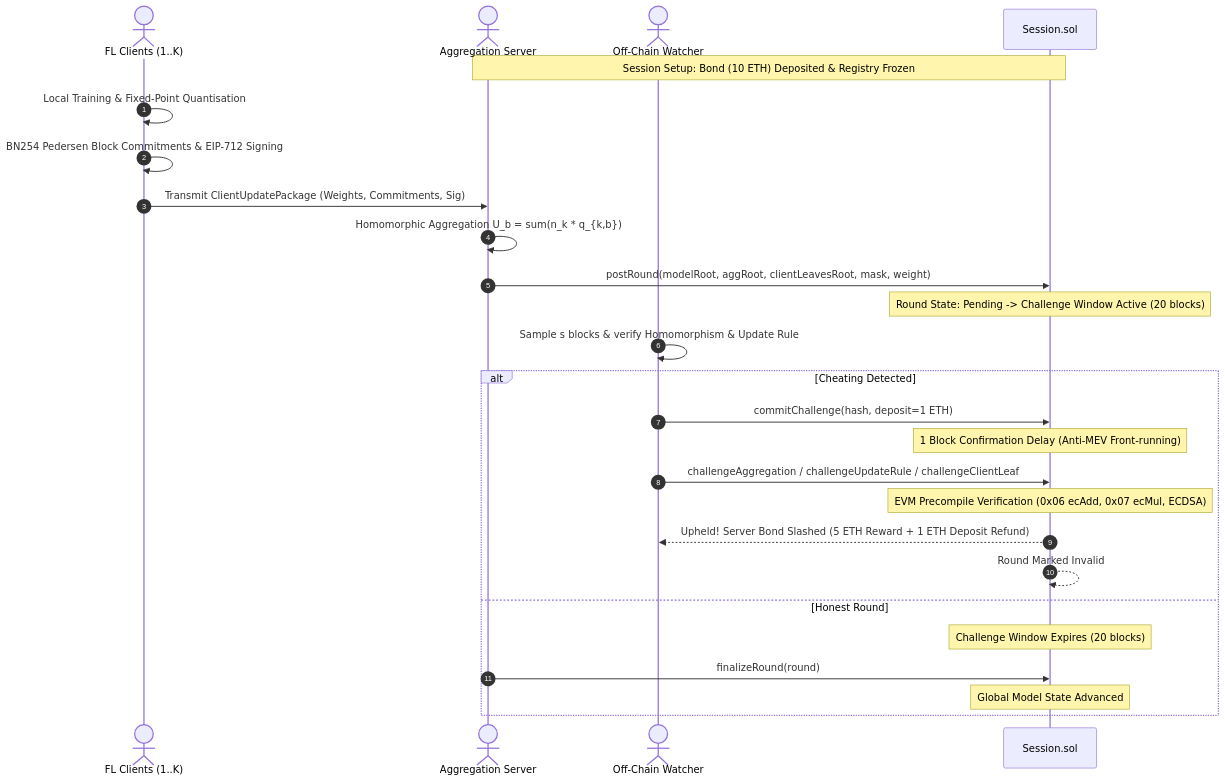
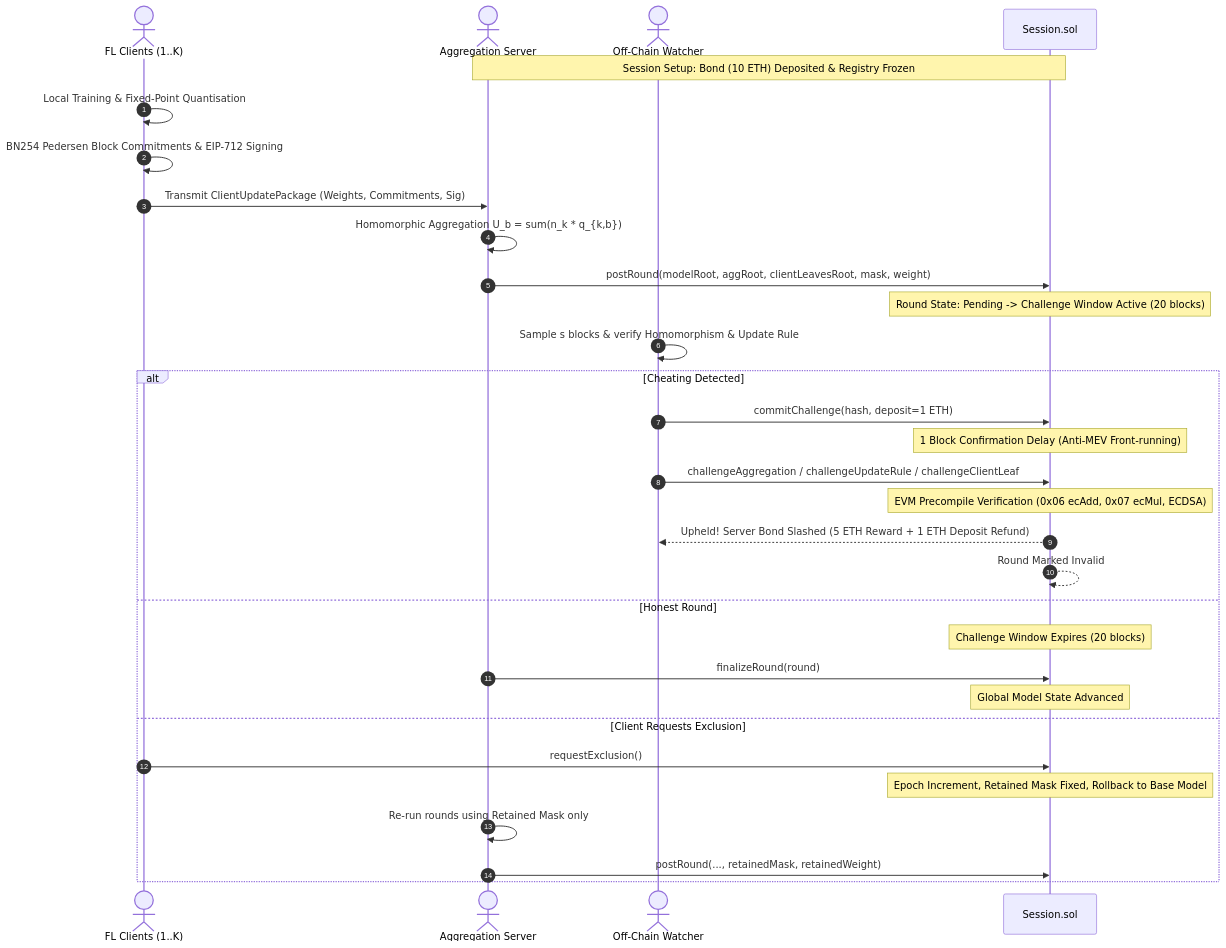
The diagram in README.md (Soumadipta-Konar/fl-ledger), drawn with Mermaid before and after one commit. The commit also changed other lines of this file and 2 other files, not shown here.

````diff
--- a/README.md
+++ b/README.md
@@ -13,29 +13,34 @@
 ```mermaid
 sequenceDiagram
     autonumber
     actor Client as FL Clients (1..K)
     actor Server as Aggregation Server
     actor Watcher as Off-Chain Watcher
     participant Contract as Session.sol
 
     Note over Server,Contract: Session Setup: Bond (10 ETH) Deposited & Registry Frozen
     Client->>Client: Local Training & Fixed-Point Quantisation
     Client->>Client: BN254 Pedersen Block Commitments & EIP-712 Signing
     Client->>Server: Transmit ClientUpdatePackage (Weights, Commitments, Sig)
     Server->>Server: Homomorphic Aggregation U_b = sum(n_k * q_{k,b})
     Server->>Contract: postRound(modelRoot, aggRoot, clientLeavesRoot, mask, weight)
     Note over Contract: Round State: Pending -> Challenge Window Active (20 blocks)
     Watcher->>Watcher: Sample s blocks & verify Homomorphism & Update Rule
     alt Cheating Detected
         Watcher->>Contract: commitChallenge(hash, deposit=1 ETH)
         Note over Contract: 1 Block Confirmation Delay (Anti-MEV Front-running)
         Watcher->>Contract: challengeAggregation / challengeUpdateRule / challengeClientLeaf
         Note over Contract: EVM Precompile Verification (0x06 ecAdd, 0x07 ecMul, ECDSA)
         Contract-->>Watcher: Upheld! Server Bond Slashed (5 ETH Reward + 1 ETH Deposit Refund)
         Contract-->>Contract: Round Marked Invalid
     else Honest Round
         Note over Contract: Challenge Window Expires (20 blocks)
         Server->>Contract: finalizeRound(round)
         Note over Contract: Global Model State Advanced
+    else Client Requests Exclusion
+        Client->>Contract: requestExclusion()
+        Note over Contract: Epoch Increment, Retained Mask Fixed, Rollback to Base Model
+        Server->>Server: Re-run rounds using Retained Mask only
+        Server->>Contract: postRound(..., retainedMask, retainedWeight)
     end
 ```
````
